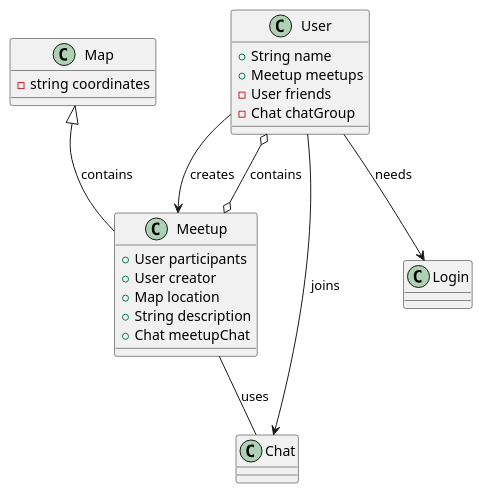
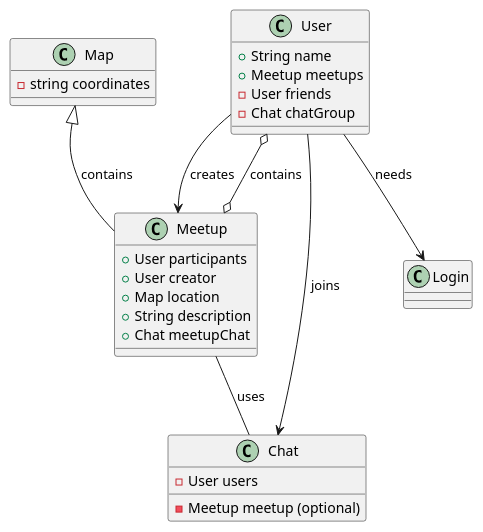
The diagram in asciidocs/Klassendiagramm.adoc (2223-3bhif-syp/02-projekte-mopedmeetup), drawn with PlantUML before and after one commit.

Commit message:
2. Version Klassendiagramm

```diff
--- a/asciidocs/Klassendiagramm.adoc
+++ b/asciidocs/Klassendiagramm.adoc
@@ -1,30 +1,32 @@
 [plantuml, target=diagram-classes, format=png]
 ....
 class User {
     +String name
     +Meetup meetups
     -User friends
     - Chat chatGroup
 }
 class Meetup {
     + User participants
     + User creator
     + Map location
     + String description
     + Chat meetupChat
 }
 class Login {
 }
 class Map {
     -string coordinates
 }
 class Chat {
+    - User users
+    - Meetup meetup (optional)
 }
 
 Meetup o--o User : contains
 Map <|-- Meetup : contains
 User --> Meetup : creates
 User --> Login : needs
 Meetup -- Chat : uses
 User --> Chat : joins
 ....
```
